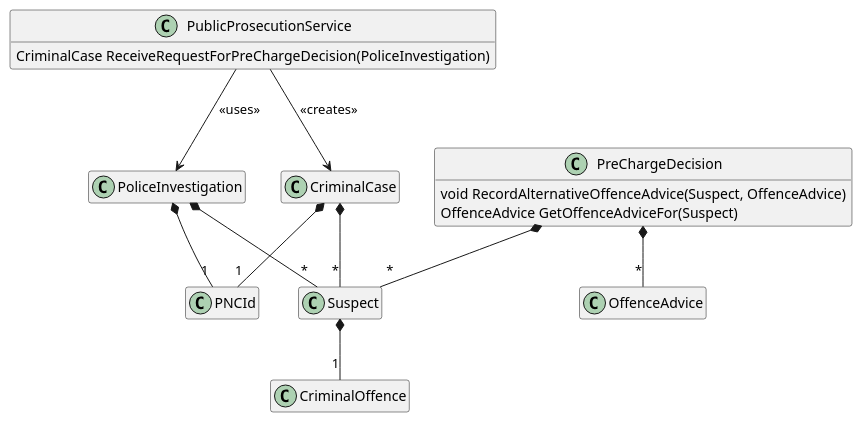
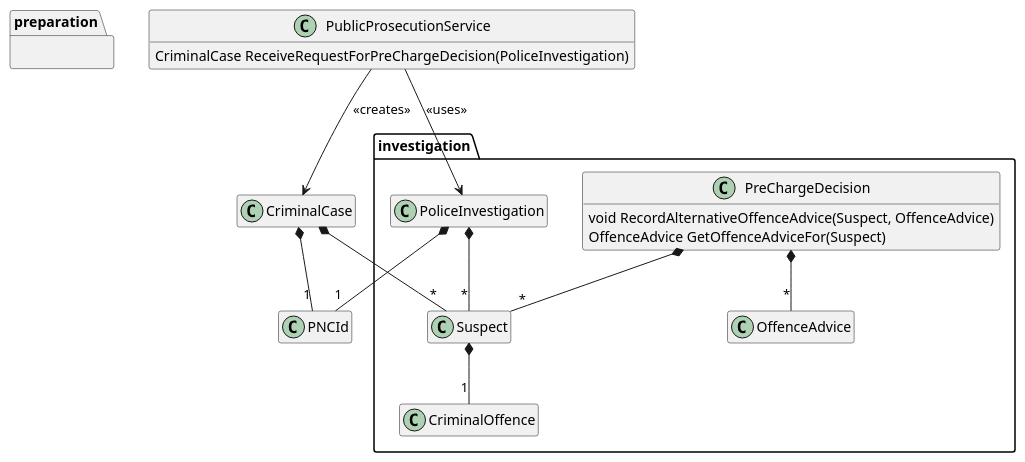
The diagram in docs/Domain-Model.puml (sswietoniowski/learning-csharp-domain-driven-desing-first-steps), drawn with PlantUML before and after one commit.

Commit message:
Exercise 3 - DOCS - Update the diagram to show the investigation and preparation packages

```diff
--- a/docs/Domain-Model.puml
+++ b/docs/Domain-Model.puml
@@ -1,51 +1,56 @@
 @startuml Public Prosecution Service
 
 hide empty members
 hide empty methods
 
+package investigation {
+    class CriminalOffence {
+    }
+
+    class OffenceAdvice {
+    }
+
+    class PoliceInvestigation {
+    }
+
+    class PreChargeDecision {
+        void RecordAlternativeOffenceAdvice(Suspect, OffenceAdvice)
+        OffenceAdvice GetOffenceAdviceFor(Suspect)
+    }
+
+    class Suspect    {
+    }
+}
+
+package preparation {    
+}
+
 class CriminalCase {
 }
 
-class CriminalOffence {
-}
-
 class PNCId {
-}
-
-class PoliceInvestigation {
-}
-
-class PreChargeDecision {
-    void RecordAlternativeOffenceAdvice(Suspect, OffenceAdvice)
-    OffenceAdvice GetOffenceAdviceFor(Suspect)
-}
-
-class OffenceAdvice {
-}
-
-class Suspect    {
 }
 
 class PublicProsecutionService {
     CriminalCase ReceiveRequestForPreChargeDecision(PoliceInvestigation)
 }
 
 Suspect *-- "1" CriminalOffence
 
 PoliceInvestigation *-- "*" Suspect
 
 PoliceInvestigation *-- "1" PNCId
 
 PreChargeDecision *-- "*" Suspect
 
 PreChargeDecision *-- "*" OffenceAdvice
 
 CriminalCase *-- "1" PNCId
 
 CriminalCase *-- "*" Suspect
 
 PublicProsecutionService --> CriminalCase : <<creates>>
 
 PublicProsecutionService --> PoliceInvestigation : <<uses>>
 
 @enduml
```
